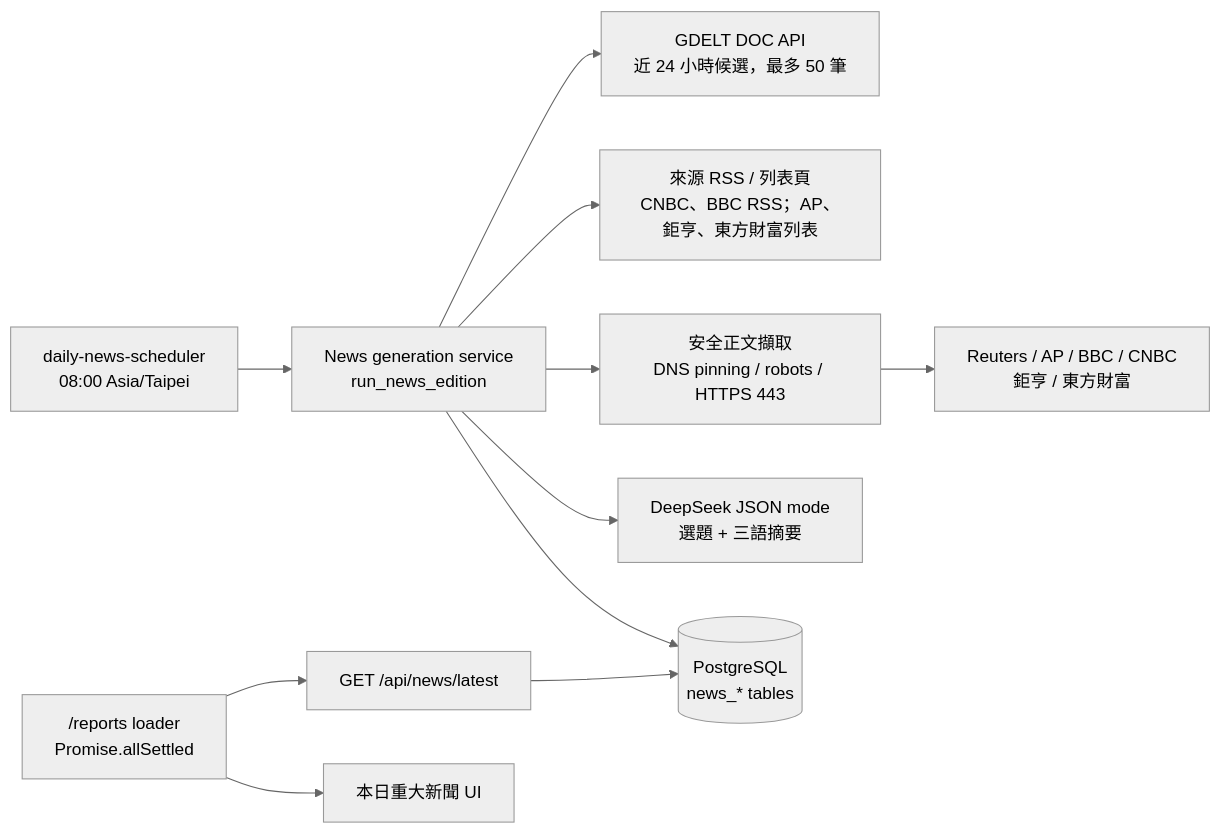
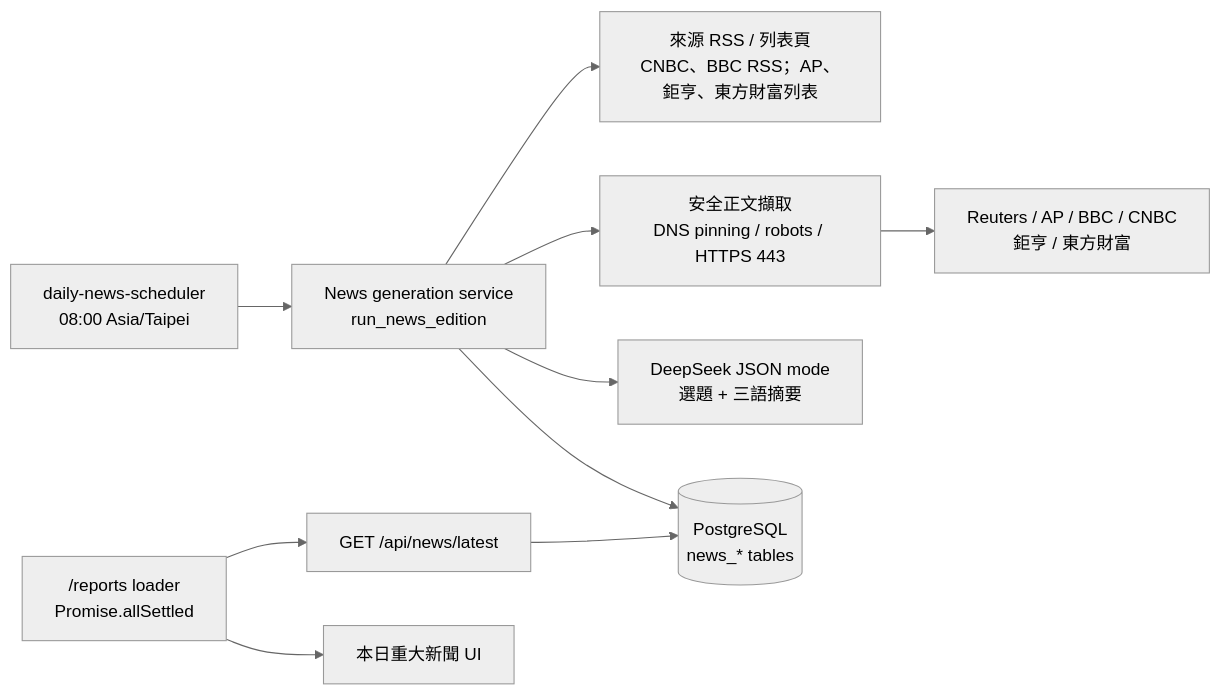
One commit to FPI-TW/daily-insights changed the diagram in docs/architecture/daily-news.md. Above: the diagram before and after it, drawn with Mermaid (neutral theme). The commit also changed other lines of this file and 23 other files, not shown here.

````diff
--- a/docs/architecture/daily-news.md
+++ b/docs/architecture/daily-news.md
@@ -23,13 +23,12 @@
 ```mermaid
 flowchart LR
     S["daily-news-scheduler<br/>08:00 Asia/Taipei"] --> G["News generation service<br/>run_news_edition"]
-    G --> D["GDELT DOC API<br/>近 24 小時候選，最多 50 筆"]
     G --> F["來源 RSS / 列表頁<br/>CNBC、BBC RSS；AP、鉅亨、東方財富列表"]
     G --> X["安全正文擷取<br/>DNS pinning / robots / HTTPS 443"]
     X --> W["Reuters / AP / BBC / CNBC<br/>鉅亨 / 東方財富"]
     G --> L["DeepSeek JSON mode<br/>選題 + 三語摘要"]
     G --> P[("PostgreSQL<br/>news_* tables")]
     R["/reports loader<br/>Promise.allSettled"] --> A["GET /api/news/latest"]
     A --> P
     R --> U["本日重大新聞 UI"]
 ```
````
